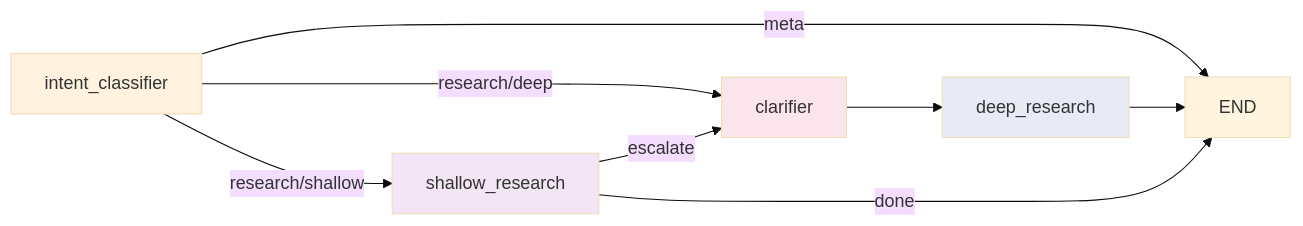
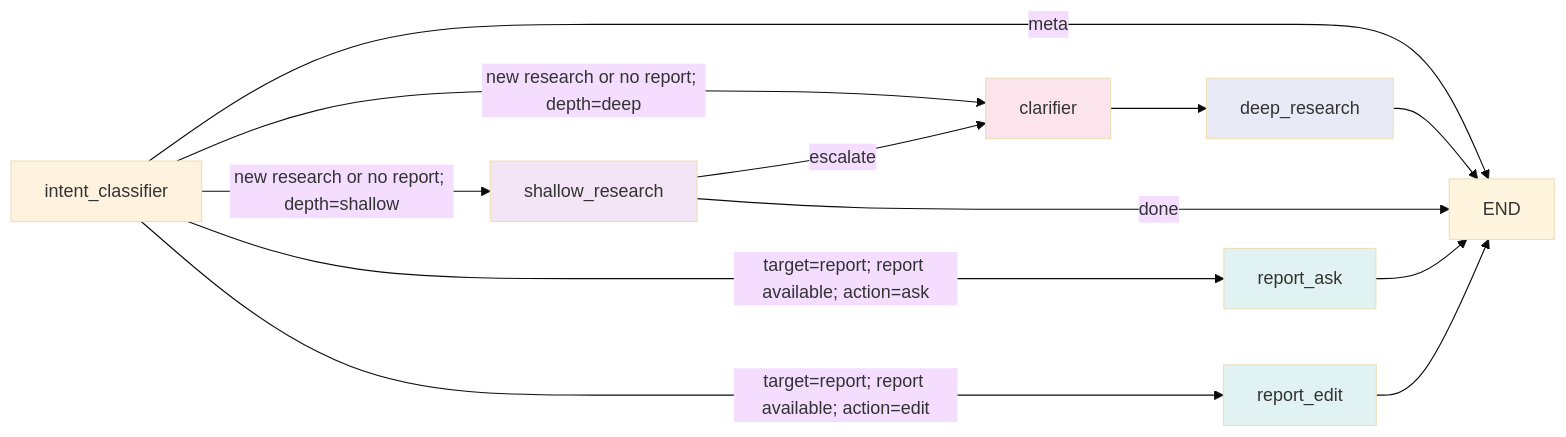
The diagram in docs/source/architecture/overview.md (NVIDIA-AI-Blueprints/aiq), drawn with Mermaid (base theme) before and after one commit. The commit also changed other lines of this file and 28 other files, not shown here.

````diff
--- a/docs/source/architecture/overview.md
+++ b/docs/source/architecture/overview.md
@@ -62,15 +62,21 @@
 ```mermaid
 graph LR
     IC[intent_classifier] -->|meta| END_NODE[END]
-    IC -->|"research/deep"| CL[clarifier]
-    IC -->|"research/shallow"| SR[shallow_research]
+    IC -->|"new research or no report; depth=deep"| CL[clarifier]
+    IC -->|"new research or no report; depth=shallow"| SR[shallow_research]
     SR -->|"escalate"| CL
     SR -->|"done"| END_NODE
+    IC -->|"target=report; report available; action=ask"| RA[report_ask]
+    IC -->|"target=report; report available; action=edit"| RE[report_edit]
     CL --> DR[deep_research]
     DR --> END_NODE
+    RA --> END_NODE
+    RE --> END_NODE
 
     style IC fill:#fff3e0
     style SR fill:#f3e5f5
     style CL fill:#fce4ec
     style DR fill:#e8eaf6
+    style RA fill:#e0f2f1
+    style RE fill:#e0f2f1
 ```
````
